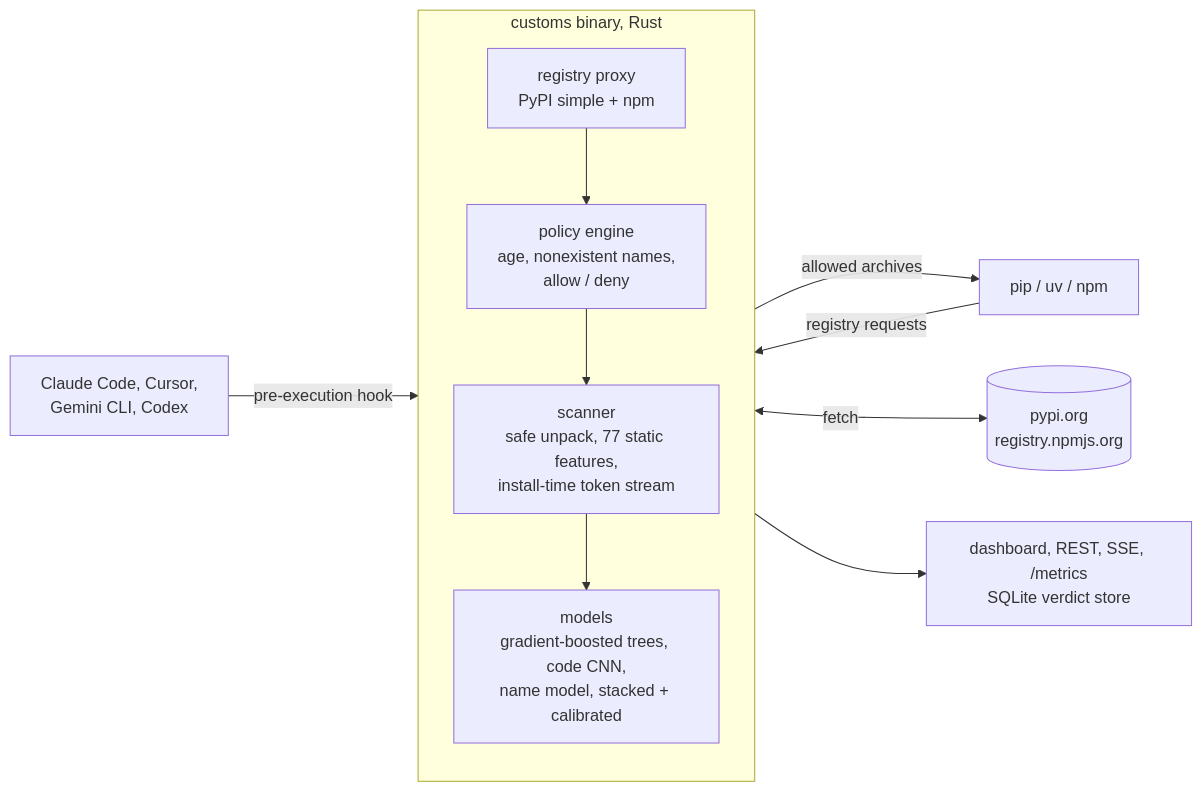
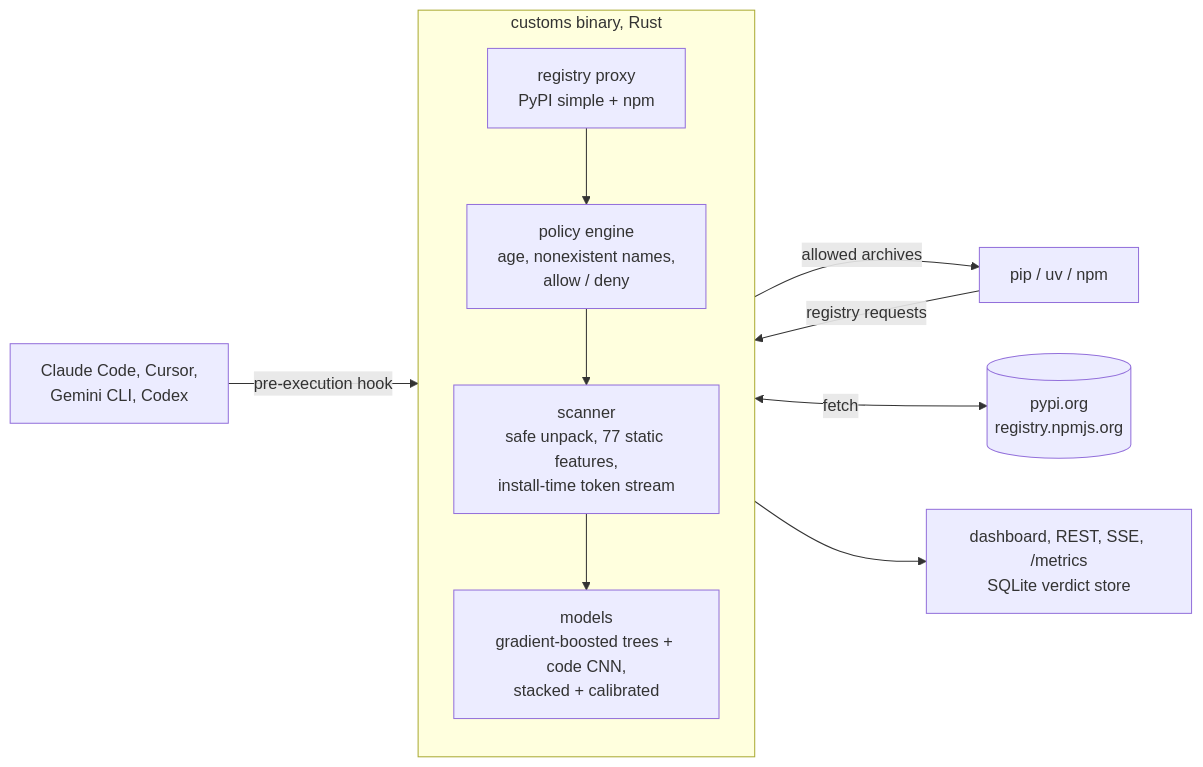
The diagram in README.md (yib7/customs), drawn with Mermaid before and after one commit. The commit also changed other lines of this file and 8 other files, not shown here.

First line of the commit message:
Model: always show the lookalike-name explanation

````diff
--- a/README.md
+++ b/README.md
@@ -55,14 +55,14 @@
 ```mermaid
 flowchart LR
     A[pip / uv / npm] -->|registry requests| P
     C[Claude Code, Cursor,<br/>Gemini CLI, Codex] -->|pre-execution hook| P
     subgraph P[customs binary, Rust]
       direction TB
       R[registry proxy<br/>PyPI simple + npm] --> POL[policy engine<br/>age, nonexistent names,<br/>allow / deny]
       POL --> S[scanner<br/>safe unpack, 77 static features,<br/>install-time token stream]
-      S --> M[models<br/>gradient-boosted trees, code CNN,<br/>name model, stacked + calibrated]
+      S --> M[models<br/>gradient-boosted trees + code CNN,<br/>stacked + calibrated]
     end
     P -->|allowed archives| A
     P <-->|fetch| U[(pypi.org<br/>registry.npmjs.org)]
     P --> D[dashboard, REST, SSE, /metrics<br/>SQLite verdict store]
 ```
````
